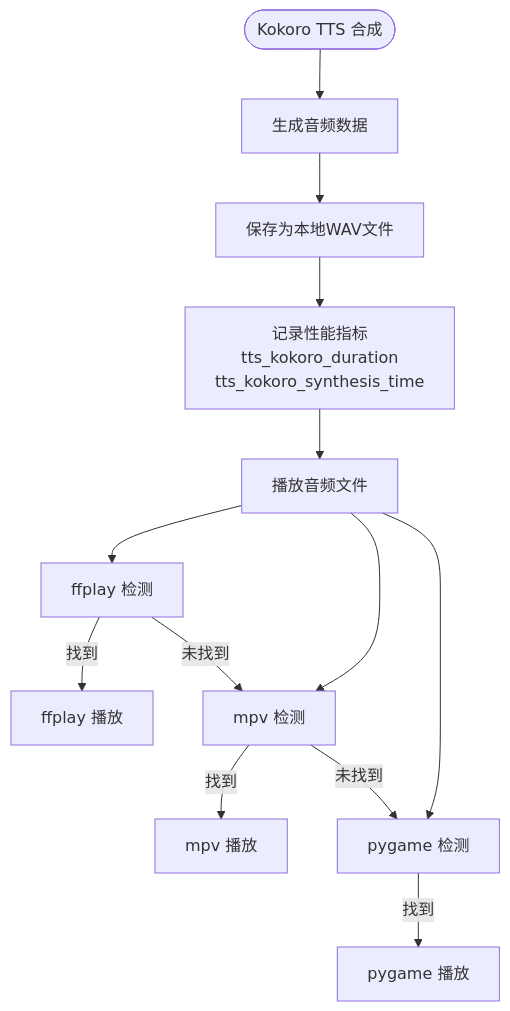
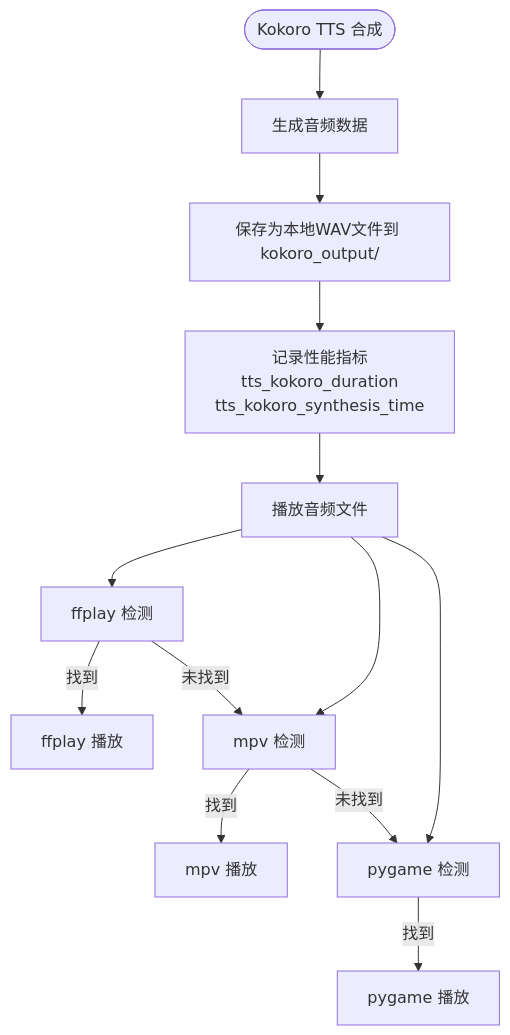
The ninth of 10 diagrams in .qoder/repowiki/zh/content/语音合成服务/语音合成服务.md (1024dashen/Vue3Speech), drawn with Mermaid before and after one commit. The commit also changed other lines of this file and 8 other files, not shown here.

````diff
--- a/.qoder/repowiki/zh/content/语音合成服务/语音合成服务.md
+++ b/.qoder/repowiki/zh/content/语音合成服务/语音合成服务.md
@@ -332,15 +336,15 @@
 ```mermaid
 flowchart TD
 Start(["Kokoro TTS 合成"]) --> Gen["生成音频数据"]
-Gen --> Save["保存为本地WAV文件"]
+Gen --> Save["保存为本地WAV文件到 kokoro_output/"]
 Save --> Monitor["记录性能指标<br/>tts_kokoro_duration<br/>tts_kokoro_synthesis_time"]
 Monitor --> Play["播放音频文件"]
 Play --> FF["ffplay 检测"]
 Play --> MPV["mpv 检测"]
 Play --> PY["pygame 检测"]
 FF --> |找到| FFPlay["ffplay 播放"]
 MPV --> |找到| MPVPlay["mpv 播放"]
 PY --> |找到| PyPlay["pygame 播放"]
 FF --> |未找到| MPV
 MPV --> |未找到| PY
 ```
````
